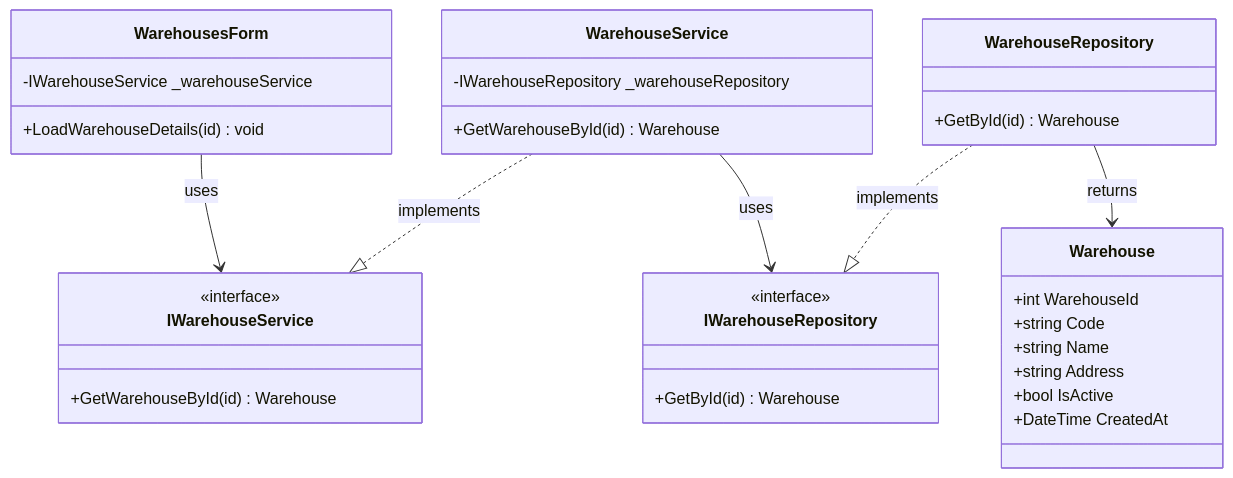
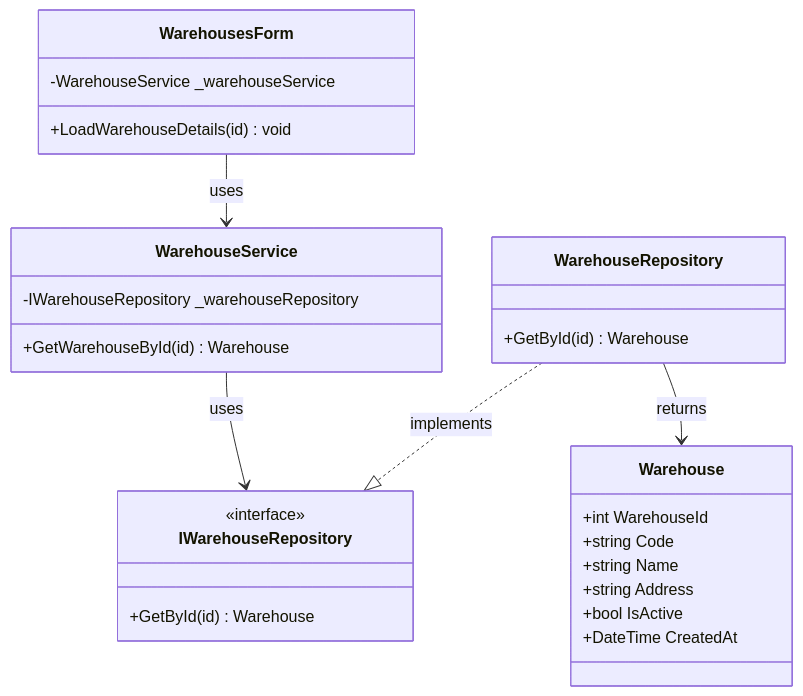
Before and after one commit to nahuk86/tp_diploma_nk_2026: the ninth of 12 diagrams in Documentation/UML_Diagrams/16_Warehouses_UseCases.md, drawn with Mermaid. The commit also changed other lines of this file and 5 other files, not shown here.

First line of the commit message:
Fix UML documentation: remove non-existent BLL service interfaces

````diff
--- a/Documentation/UML_Diagrams/16_Warehouses_UseCases.md
+++ b/Documentation/UML_Diagrams/16_Warehouses_UseCases.md
@@ -337,41 +312,36 @@
 ```mermaid
 classDiagram
     class WarehousesForm {
-        -IWarehouseService _warehouseService
+        -WarehouseService _warehouseService
         +LoadWarehouseDetails(id) void
     }
 
-    class IWarehouseService {
-        <<interface>>
-        +GetWarehouseById(id) Warehouse
-    }
 
     class WarehouseService {
         -IWarehouseRepository _warehouseRepository
         +GetWarehouseById(id) Warehouse
     }
 
     class IWarehouseRepository {
         <<interface>>
         +GetById(id) Warehouse
     }
 
     class WarehouseRepository {
         +GetById(id) Warehouse
     }
 
     class Warehouse {
         +int WarehouseId
         +string Code
         +string Name
         +string Address
         +bool IsActive
         +DateTime CreatedAt
     }
 
-    WarehousesForm --> IWarehouseService : uses
-    WarehouseService ..|> IWarehouseService : implements
+    WarehousesForm --> WarehouseService : uses
     WarehouseService --> IWarehouseRepository : uses
     WarehouseRepository ..|> IWarehouseRepository : implements
     WarehouseRepository --> Warehouse : returns
 ```
````
